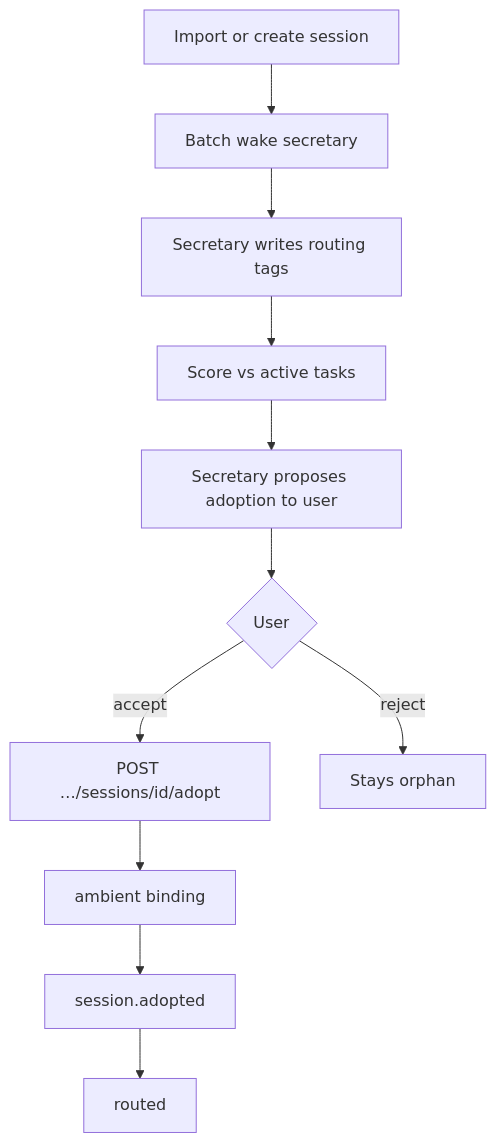
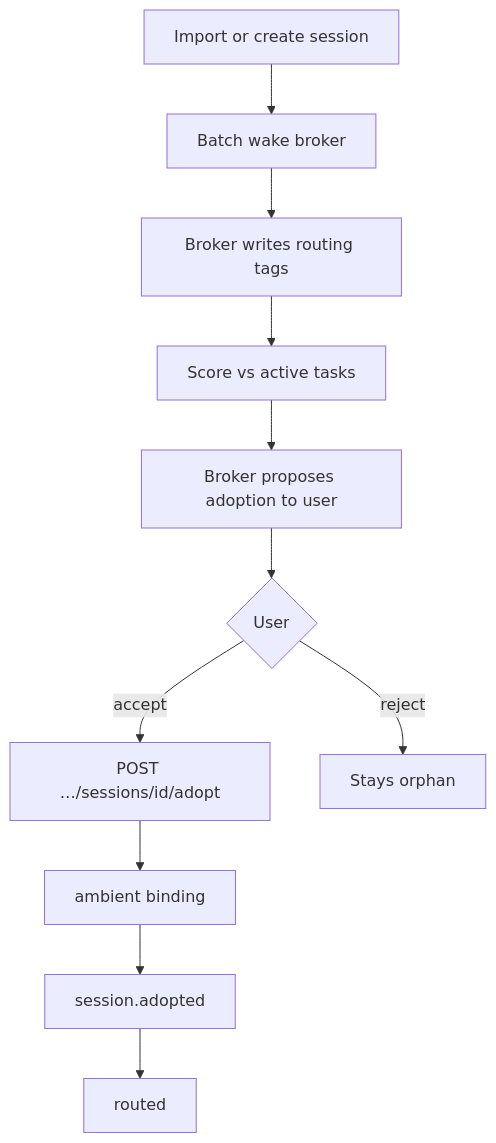
The diagram in docs/agent-tasks/SESSION_ADOPTION.md (michaelzenz/omnigent), drawn with Mermaid before and after one commit. The commit also changed other lines of this file and 53 other files, not shown here.

First line of the commit message:
Rename triage secretary to broker and scorer to ingress.

````diff
--- a/docs/agent-tasks/SESSION_ADOPTION.md
+++ b/docs/agent-tasks/SESSION_ADOPTION.md
@@ -25,13 +25,13 @@
 ```mermaid
 flowchart TB
-  Trigger[Import or create session] --> Batch[Batch wake secretary]
-  Batch --> Tags[Secretary writes routing tags]
+  Trigger[Import or create session] --> Batch[Batch wake broker]
+  Batch --> Tags[Broker writes routing tags]
   Tags --> Score[Score vs active tasks]
-  Score --> Propose[Secretary proposes adoption to user]
+  Score --> Propose[Broker proposes adoption to user]
   Propose --> User{User}
   User -->|accept| Adopt[POST …/sessions/id/adopt]
   User -->|reject| Orphan[Stays orphan]
   Adopt --> Bind[ambient binding]
   Bind --> Event[session.adopted]
   Event --> Manager[routed]
 ```
````
